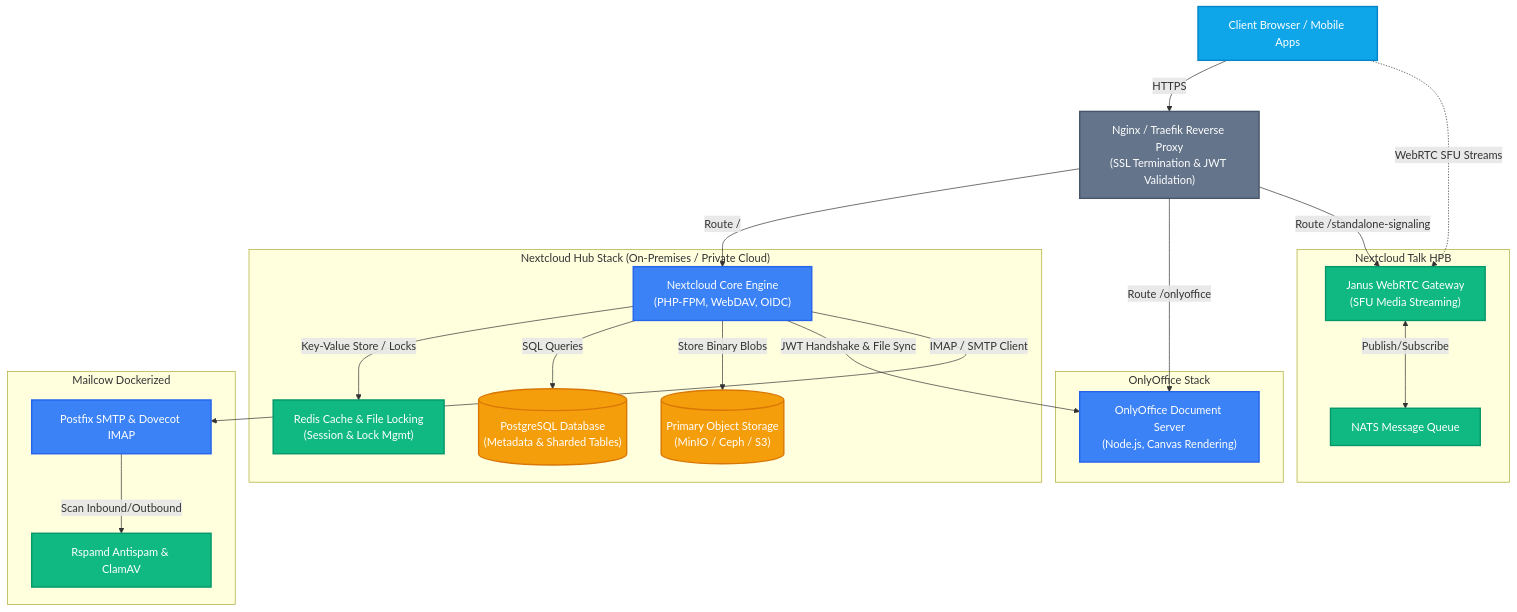
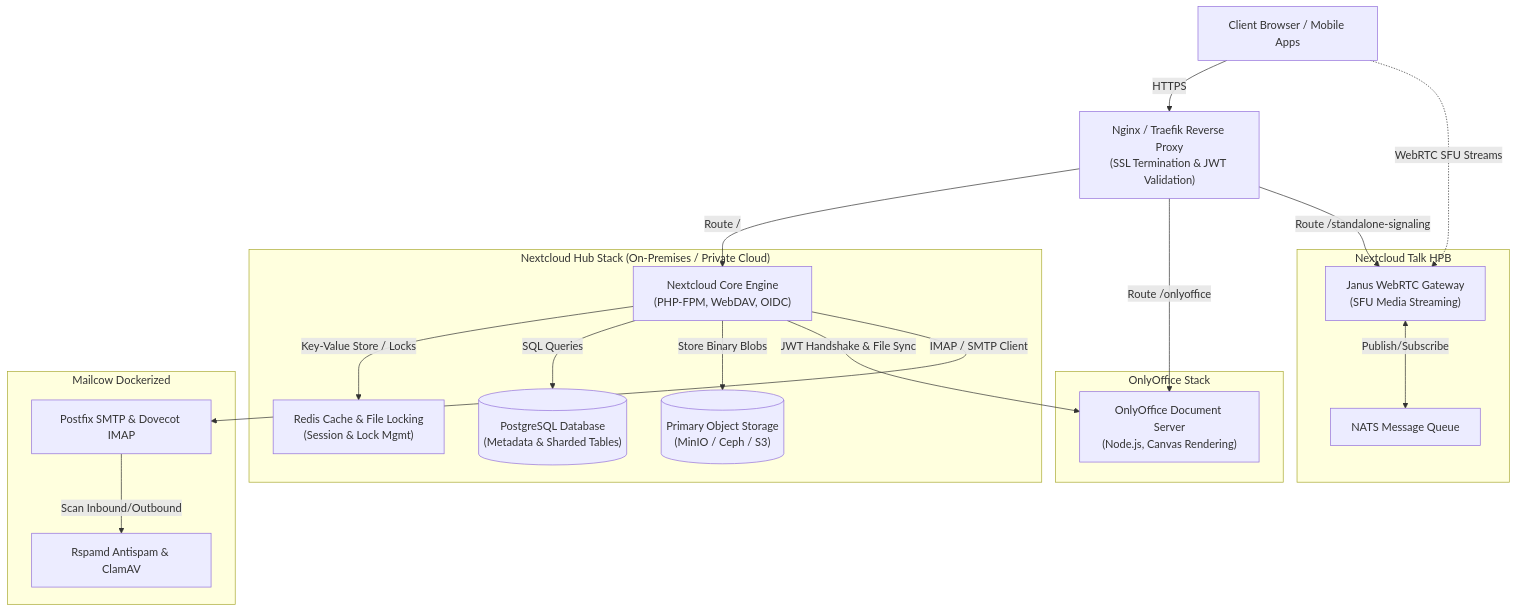
Before and after one commit to yusufarbc/yusufarbc: the second of 2 diagrams in website/content/nextcloud-onlyoffice/en.md, drawn with Mermaid. The commit also changed other lines of this file and 24 other files, not shown here.

````diff
--- a/website/content/nextcloud-onlyoffice/en.md
+++ b/website/content/nextcloud-onlyoffice/en.md
@@ -107,51 +100,44 @@
 ```mermaid
 graph TD
-    %% Styling
-    classDef client fill:#0ea5e9,stroke:#0284c7,stroke-width:2px,color:#fff;
-    classDef proxy fill:#64748b,stroke:#475569,stroke-width:2px,color:#fff;
-    classDef core fill:#3b82f6,stroke:#2563eb,stroke-width:2px,color:#fff;
-    classDef db fill:#f59e0b,stroke:#d97706,stroke-width:2px,color:#fff;
-    classDef helper fill:#10b981,stroke:#059669,stroke-width:2px,color:#fff;
-
     %% Nodes
-    Client["Client Browser / Mobile Apps"]:::client
-    Proxy["Nginx / Traefik Reverse Proxy<br/>(SSL Termination & JWT Validation)"]:::proxy
+    Client["Client Browser / Mobile Apps"]
+    Proxy["Nginx / Traefik Reverse Proxy<br/>(SSL Termination & JWT Validation)"]
     
     subgraph NC_Stack["Nextcloud Hub Stack (On-Premises / Private Cloud)"]
-        NC_Core["Nextcloud Core Engine<br/>(PHP-FPM, WebDAV, OIDC)"]:::core
-        Redis["Redis Cache & File Locking<br/>(Session & Lock Mgmt)"]:::helper
-        DB[("PostgreSQL Database<br/>(Metadata & Sharded Tables)")]:::db
-        S3_MinIO[("Primary Object Storage<br/>(MinIO / Ceph / S3)")]:::db
+        NC_Core["Nextcloud Core Engine<br/>(PHP-FPM, WebDAV, OIDC)"]
+        Redis["Redis Cache & File Locking<br/>(Session & Lock Mgmt)"]
+        DB[("PostgreSQL Database<br/>(Metadata & Sharded Tables)")]
+        S3_MinIO[("Primary Object Storage<br/>(MinIO / Ceph / S3)")]
     end
 
     subgraph OO_Stack["OnlyOffice Stack"]
-        OO_Doc["OnlyOffice Document Server<br/>(Node.js, Canvas Rendering)"]:::core
+        OO_Doc["OnlyOffice Document Server<br/>(Node.js, Canvas Rendering)"]
     end
 
     subgraph Talk_Stack["Nextcloud Talk HPB"]
-        Janus["Janus WebRTC Gateway<br/>(SFU Media Streaming)"]:::helper
-        NATS["NATS Message Queue"]:::helper
+        Janus["Janus WebRTC Gateway<br/>(SFU Media Streaming)"]
+        NATS["NATS Message Queue"]
     end
 
     subgraph Mail_Stack["Mailcow Dockerized"]
-        Postfix["Postfix SMTP & Dovecot IMAP"]:::core
-        Rspamd["Rspamd Antispam & ClamAV"]:::helper
+        Postfix["Postfix SMTP & Dovecot IMAP"]
+        Rspamd["Rspamd Antispam & ClamAV"]
     end
 
     %% Connections
     Client -->|HTTPS| Proxy
     Proxy -->|Route /| NC_Core
     Proxy -->|Route /onlyoffice| OO_Doc
     Proxy -->|Route /standalone-signaling| Janus
     
     NC_Core -->|Key-Value Store / Locks| Redis
     NC_Core -->|SQL Queries| DB
     NC_Core -->|Store Binary Blobs| S3_MinIO
     NC_Core -->|JWT Handshake & File Sync| OO_Doc
     
     Client -.->|WebRTC SFU Streams| Janus
     Janus <-->|Publish/Subscribe| NATS
     
     NC_Core -->|IMAP / SMTP Client| Postfix
     Postfix -->|Scan Inbound/Outbound| Rspamd
 ```
````
